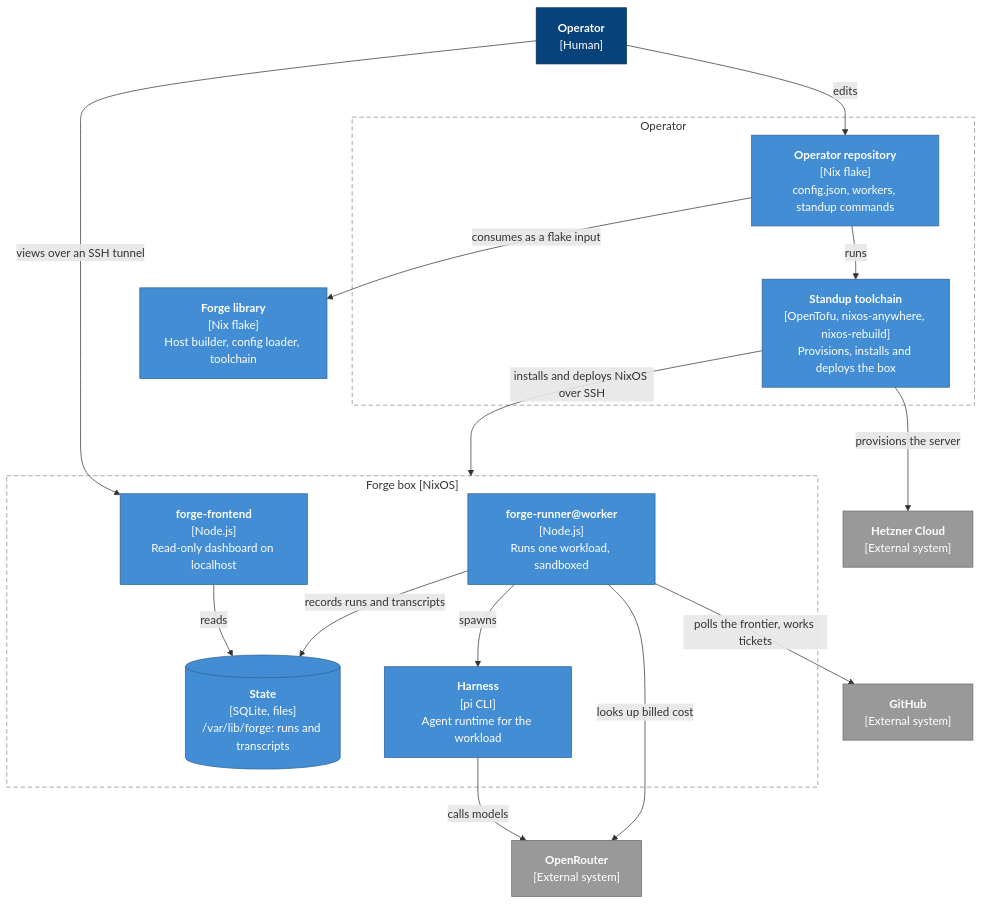
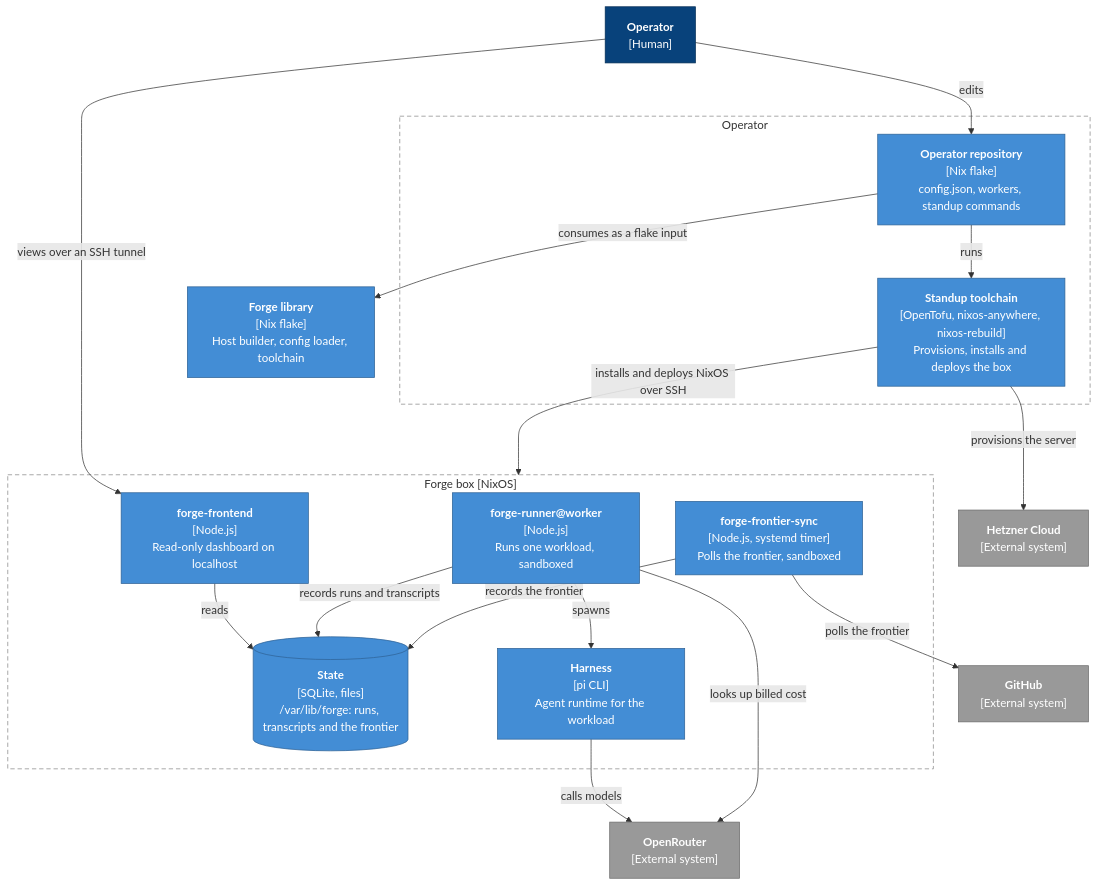
The second of 3 diagrams in README.md (rameezk/forge), drawn with Mermaid before and after one commit. The commit also changed other lines of this file and 23 other files, not shown here.

````diff
--- a/README.md
+++ b/README.md
@@ -44,43 +44,45 @@
 ```mermaid
 flowchart TB
     operator["<b>Operator</b><br/>[Human]"]
 
     subgraph workstation["Operator"]
         oprepo["<b>Operator repository</b><br/>[Nix flake]<br/>config.json, workers, standup commands"]
         toolchain["<b>Standup toolchain</b><br/>[OpenTofu, nixos-anywhere, nixos-rebuild]<br/>Provisions, installs and deploys the box"]
     end
 
     subgraph box["Forge box [NixOS]"]
         frontend["<b>forge-frontend</b><br/>[Node.js]<br/>Read-only dashboard on localhost"]
-        state[("<b>State</b><br/>[SQLite, files]<br/>/var/lib/forge: runs and transcripts")]
+        state[("<b>State</b><br/>[SQLite, files]<br/>/var/lib/forge: runs, transcripts and the frontier")]
         runner["<b>forge-runner@worker</b><br/>[Node.js]<br/>Runs one workload, sandboxed"]
         harness["<b>Harness</b><br/>[pi CLI]<br/>Agent runtime for the workload"]
+        frontier["<b>forge-frontier-sync</b><br/>[Node.js, systemd timer]<br/>Polls the frontier, sandboxed"]
     end
 
     library["<b>Forge library</b><br/>[Nix flake]<br/>Host builder, config loader, toolchain"]
     hetzner["<b>Hetzner Cloud</b><br/>[External system]"]
     openrouter["<b>OpenRouter</b><br/>[External system]"]
     github["<b>GitHub</b><br/>[External system]"]
 
     operator -- "edits" --> oprepo
     operator -- "views over an SSH tunnel" --> frontend
     oprepo -- "consumes as a flake input" --> library
     oprepo -- "runs" --> toolchain
     toolchain -- "provisions the server" --> hetzner
     toolchain -- "installs and deploys NixOS over SSH" --> box
     frontend -- "reads" --> state
     runner -- "records runs and transcripts" --> state
     runner -- "spawns" --> harness
     harness -- "calls models" --> openrouter
     runner -- "looks up billed cost" --> openrouter
-    runner -- "polls the frontier, works tickets" --> github
+    frontier -- "polls the frontier" --> github
+    frontier -- "records the frontier" --> state
 
     classDef person fill:#08427b,stroke:#052e56,color:#fff
     classDef container fill:#438dd5,stroke:#2e6295,color:#fff
     classDef external fill:#999999,stroke:#6b6b6b,color:#fff
     classDef boundary fill:none,stroke:#888888,stroke-dasharray:6 4
     class operator person
-    class oprepo,toolchain,library,runner,harness,frontend,state container
+    class oprepo,toolchain,library,runner,harness,frontier,frontend,state container
     class hetzner,openrouter,github external
     class workstation,box boundary
 ```
````
